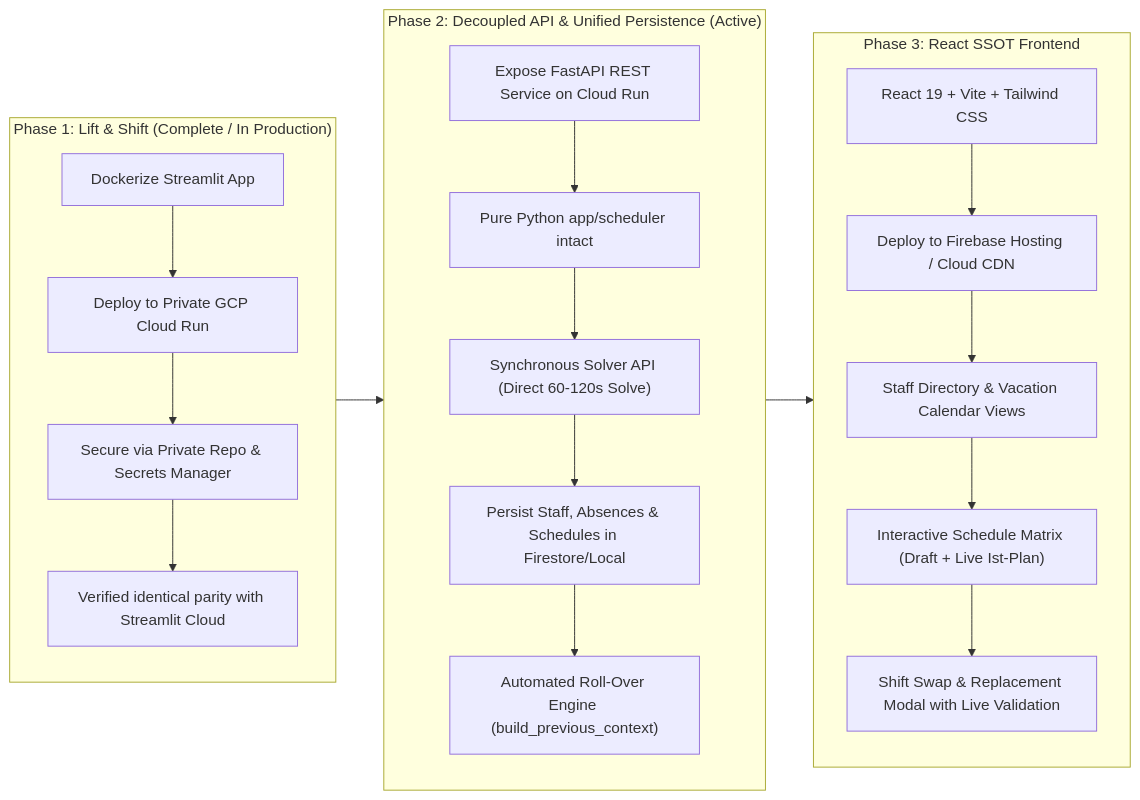
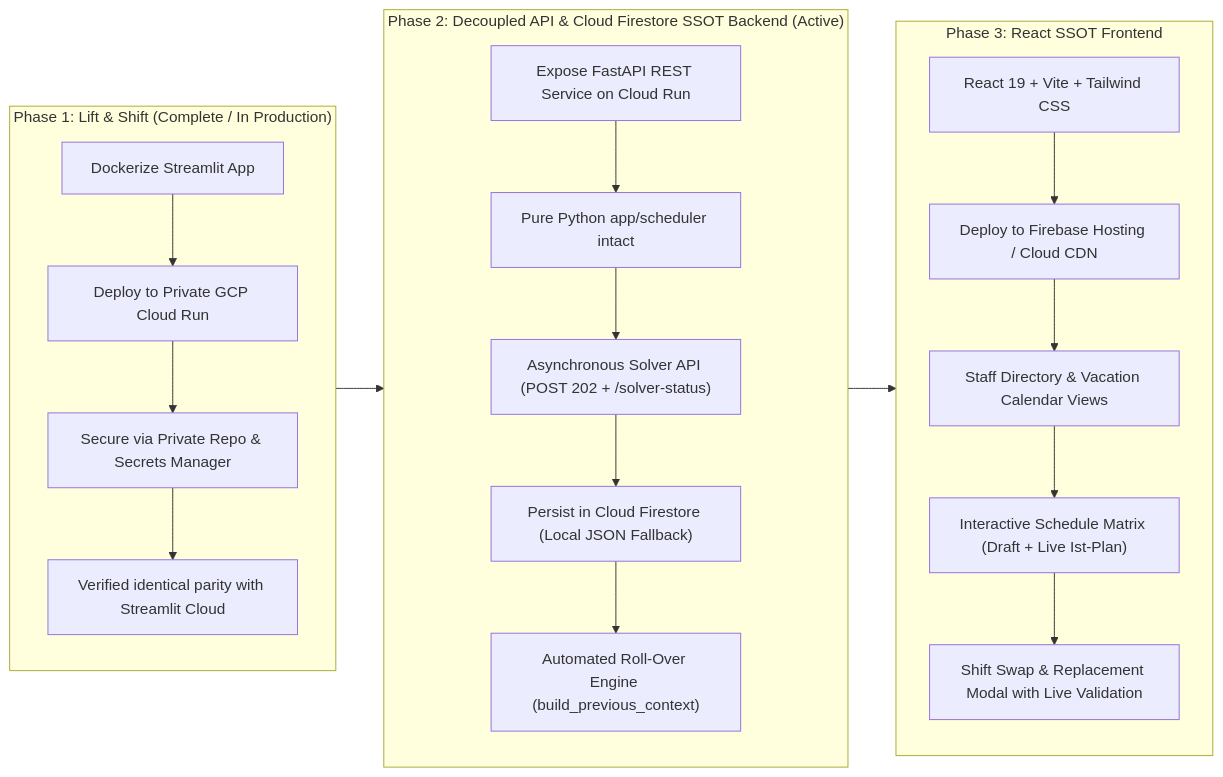
One commit to ekovanda/scheduling changed the second of 6 diagrams in documentation/PRDs/PRD_gcp_cloud_run_migration_and_modernization.md. Above: the diagram before and after it, drawn with Mermaid. The commit also changed other lines of this file, not shown here.

Commit message:
docs(prd): specify Cloud Firestore SSOT persistence with dual-driver pattern

````diff
--- a/documentation/PRDs/PRD_gcp_cloud_run_migration_and_modernization.md
+++ b/documentation/PRDs/PRD_gcp_cloud_run_migration_and_modernization.md
@@ -99,27 +99,27 @@
 ```mermaid
 flowchart LR
     subgraph Phase1["Phase 1: Lift & Shift (Complete / In Production)"]
         direction TB
         A1["Dockerize Streamlit App"] --> A2["Deploy to Private GCP Cloud Run"]
         A2 --> A3["Secure via Private Repo & Secrets Manager"]
         A3 --> A4["Verified identical parity with Streamlit Cloud"]
     end
 
-    subgraph Phase2["Phase 2: Decoupled API & Unified Persistence (Active)"]
+    subgraph Phase2["Phase 2: Decoupled API & Cloud Firestore SSOT Backend (Active)"]
         direction TB
         B1["Expose FastAPI REST Service on Cloud Run"] --> B2["Pure Python app/scheduler intact"]
-        B2 --> B3["Synchronous Solver API (Direct 60-120s Solve)"]
-        B3 --> B4["Persist Staff, Absences & Schedules in Firestore/Local"]
+        B2 --> B3["Asynchronous Solver API (POST 202 + /solver-status)"]
+        B3 --> B4["Persist in Cloud Firestore (Local JSON Fallback)"]
         B4 --> B5["Automated Roll-Over Engine (build_previous_context)"]
     end
 
     subgraph Phase3["Phase 3: React SSOT Frontend"]
         direction TB
         C1["React 19 + Vite + Tailwind CSS"] --> C2["Deploy to Firebase Hosting / Cloud CDN"]
         C2 --> C3["Staff Directory & Vacation Calendar Views"]
         C3 --> C4["Interactive Schedule Matrix (Draft + Live Ist-Plan)"]
         C4 --> C5["Shift Swap & Replacement Modal with Live Validation"]
     end
 
     Phase1 --> Phase2 --> Phase3
 ```
````
